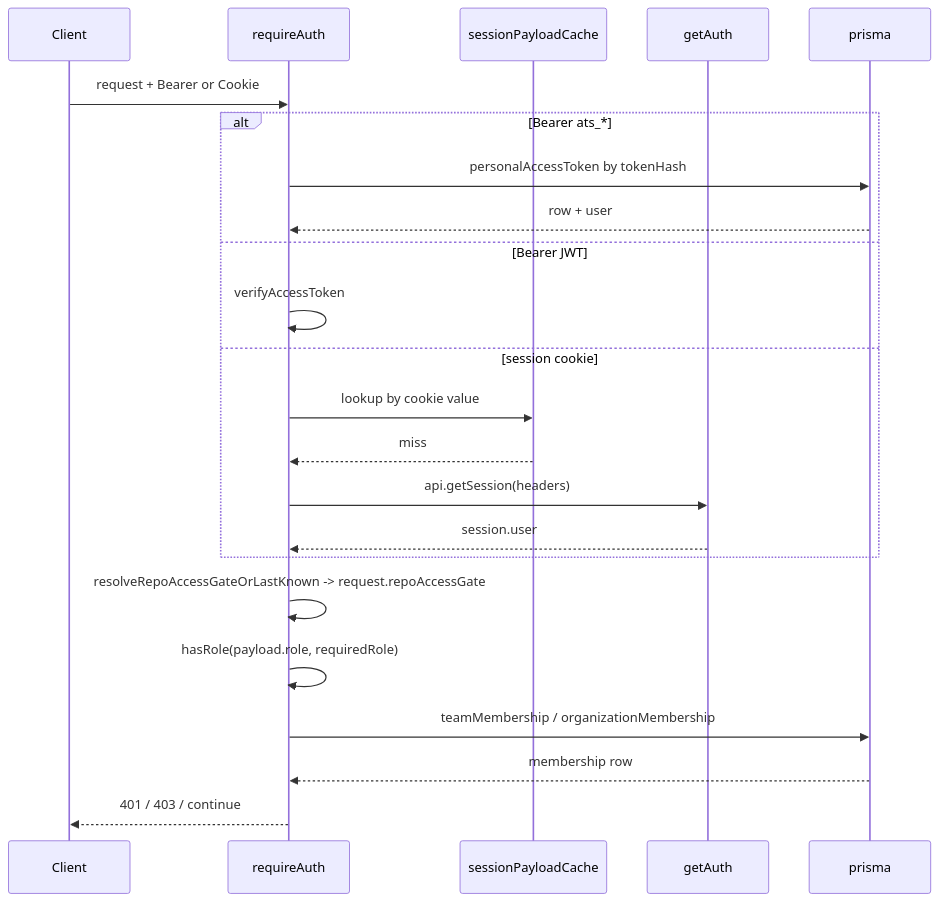
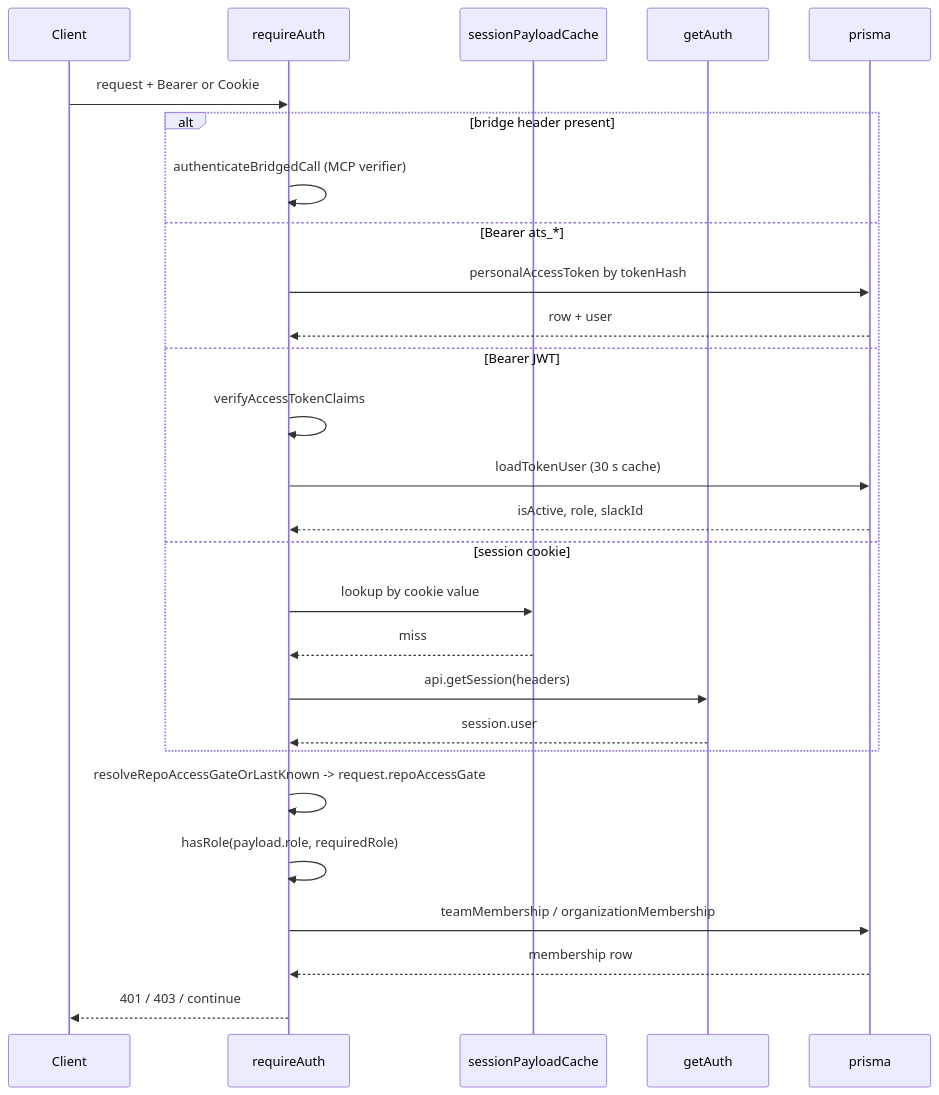
The diagram in wiki/3.2-authentication-and-rbac.md (yorch/auto-swe), drawn with Mermaid before and after one commit. The commit also changed other lines of this file and 28 other files, not shown here.

````diff
--- a/wiki/3.2-authentication-and-rbac.md
+++ b/wiki/3.2-authentication-and-rbac.md
@@ -79,26 +123,30 @@
 ```mermaid
 sequenceDiagram
     participant Client
     participant requireAuth
     participant sessionPayloadCache
     participant getAuth
     participant prisma
 
     Client->>requireAuth: request + Bearer or Cookie
-    alt Bearer ats_*
+    alt bridge header present
+        requireAuth->>requireAuth: authenticateBridgedCall (MCP verifier)
+    else Bearer ats_*
         requireAuth->>prisma: personalAccessToken by tokenHash
         prisma-->>requireAuth: row + user
     else Bearer JWT
-        requireAuth->>requireAuth: verifyAccessToken
+        requireAuth->>requireAuth: verifyAccessTokenClaims
+        requireAuth->>prisma: loadTokenUser (30 s cache)
+        prisma-->>requireAuth: isActive, role, slackId
     else session cookie
         requireAuth->>sessionPayloadCache: lookup by cookie value
         sessionPayloadCache-->>requireAuth: miss
         requireAuth->>getAuth: api.getSession(headers)
         getAuth-->>requireAuth: session.user
     end
     requireAuth->>requireAuth: resolveRepoAccessGateOrLastKnown -> request.repoAccessGate
     requireAuth->>requireAuth: hasRole(payload.role, requiredRole)
     requireAuth->>prisma: teamMembership / organizationMembership
     prisma-->>requireAuth: membership row
     requireAuth-->>Client: 401 / 403 / continue
 ```
````
